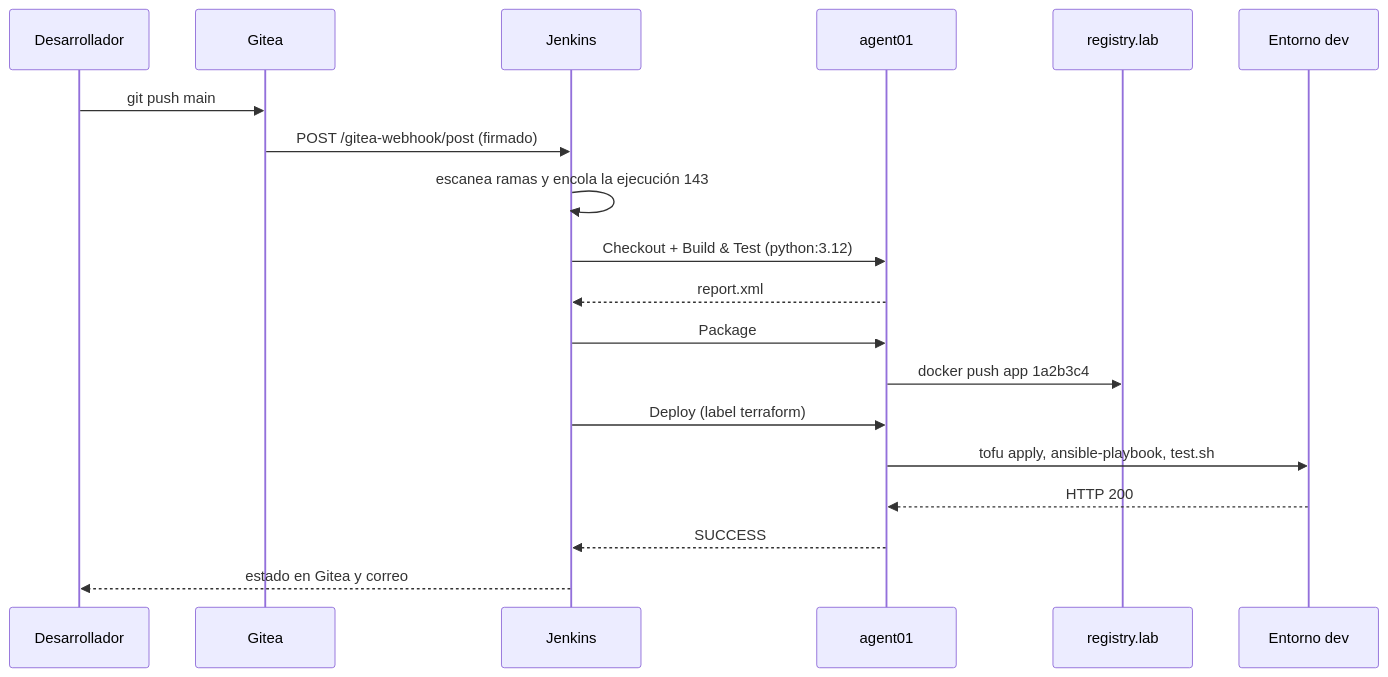
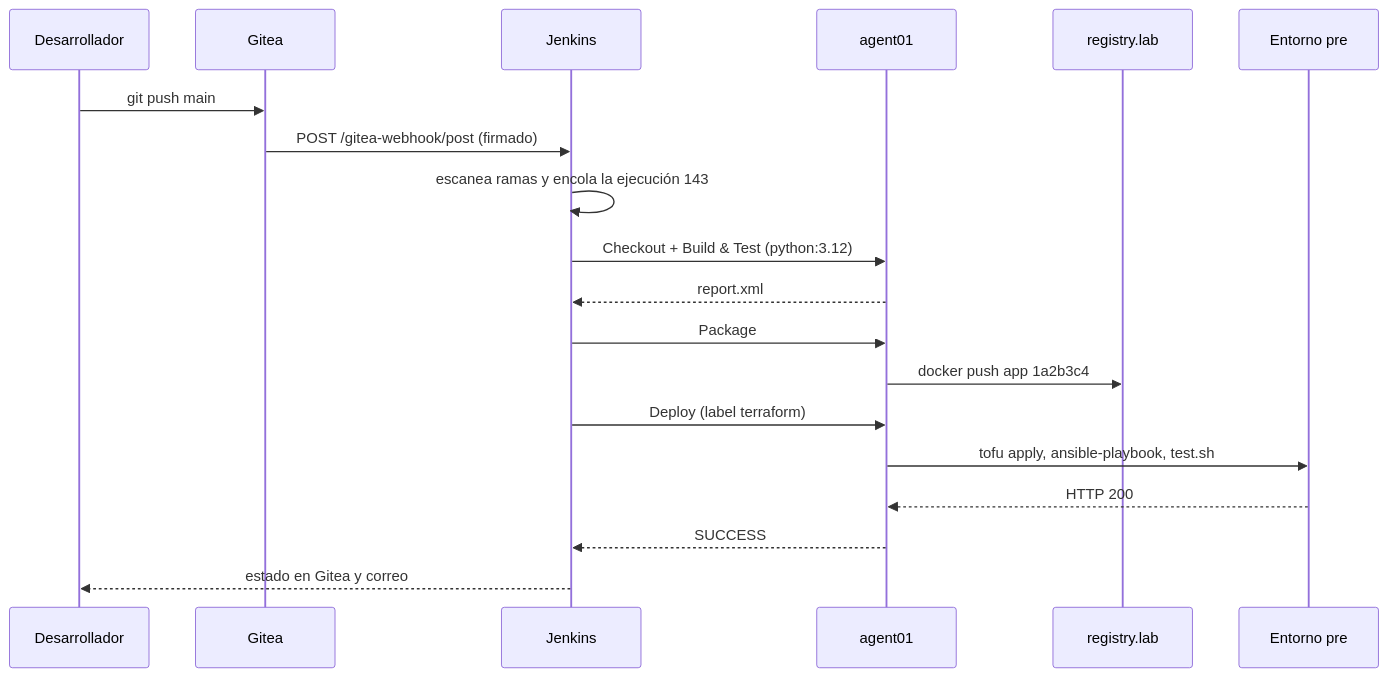
Before and after one commit to victor-educ/apuntes-5166: the fourth of 7 diagrams in docs/ut/ut6-ci.md, drawn with Mermaid. The commit also changed other lines of this file and 15 other files, not shown here.

````diff
--- a/docs/ut/ut6-ci.md
+++ b/docs/ut/ut6-ci.md
@@ -642,21 +620,21 @@
 ```mermaid
 sequenceDiagram
     participant D as Desarrollador
     participant G as Gitea
     participant J as Jenkins
     participant A as agent01
     participant R as registry.lab
-    participant E as Entorno dev
+    participant E as Entorno pre
     D->>G: git push main
     G->>J: POST /gitea-webhook/post (firmado)
     J->>J: escanea ramas y encola la ejecución 143
     J->>A: Checkout + Build & Test (python:3.12)
     A-->>J: report.xml
     J->>A: Package
     A->>R: docker push app 1a2b3c4
     J->>A: Deploy (label terraform)
     A->>E: tofu apply, ansible-playbook, test.sh
     E-->>A: HTTP 200
     A-->>J: SUCCESS
     J-->>D: estado en Gitea y correo
 ```
````
